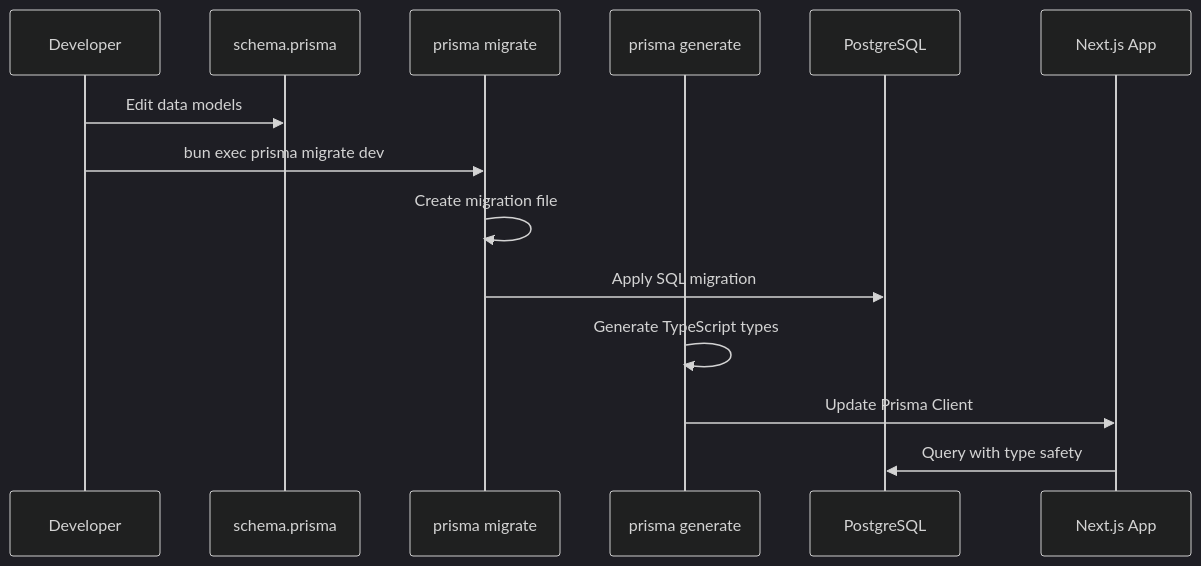
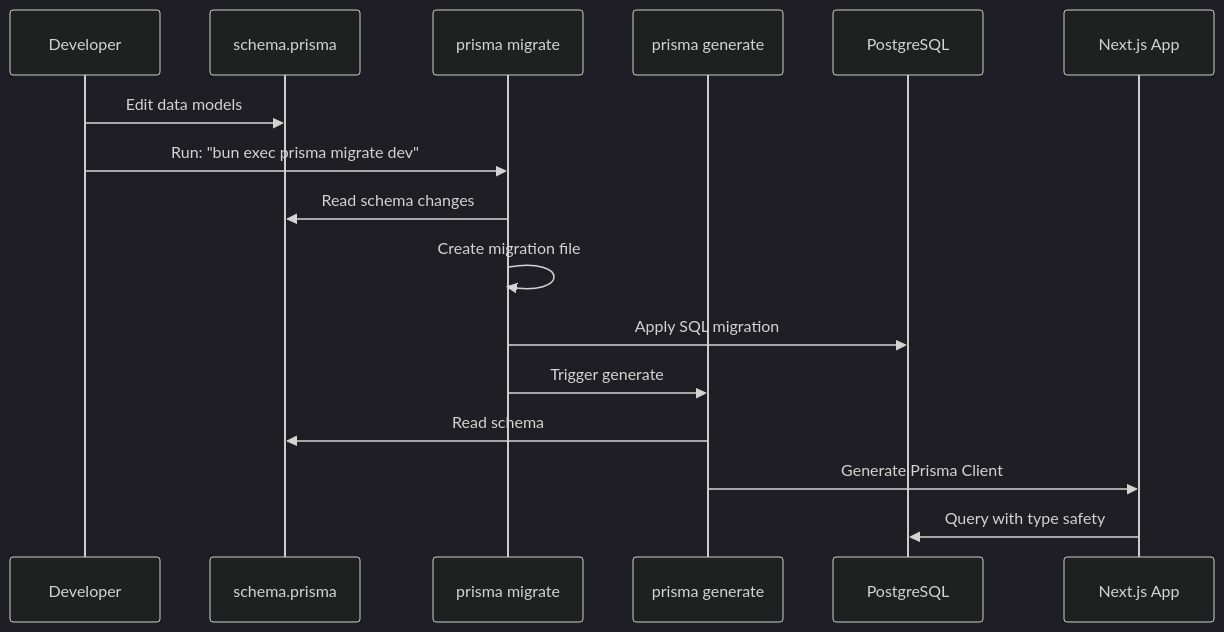
Before and after one commit to 3DHDSoft/devmultiplier-academy: the second of 2 diagrams in doc/prisma-introduction.md, drawn with Mermaid (dark theme). The commit also changed other lines of this file and 7 other files, not shown here.

````diff
--- a/doc/prisma-introduction.md
+++ b/doc/prisma-introduction.md
@@ -36,17 +36,19 @@
 ```mermaid
 sequenceDiagram
     participant Dev as Developer
     participant Schema as schema.prisma
     participant Migrate as prisma migrate
     participant Gen as prisma generate
     participant DB as PostgreSQL
     participant App as Next.js App
 
     Dev->>Schema: Edit data models
-    Dev->>Migrate: bun exec prisma migrate dev
+    Dev->>Migrate: Run: "bun exec prisma migrate dev"
+    Migrate->>Schema: Read schema changes
     Migrate->>Migrate: Create migration file
     Migrate->>DB: Apply SQL migration
-    Gen->>Gen: Generate TypeScript types
-    Gen->>App: Update Prisma Client
+    Migrate->>Gen: Trigger generate
+    Gen->>Schema: Read schema
+    Gen->>App: Generate Prisma Client
     App->>DB: Query with type safety
 ```
````
